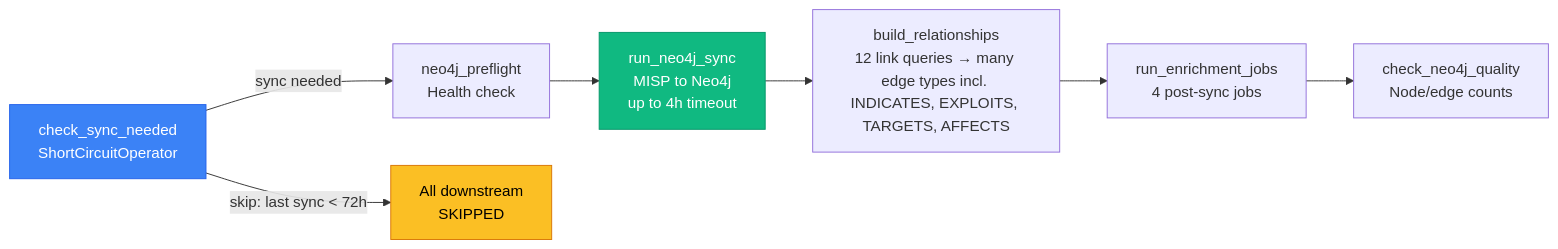
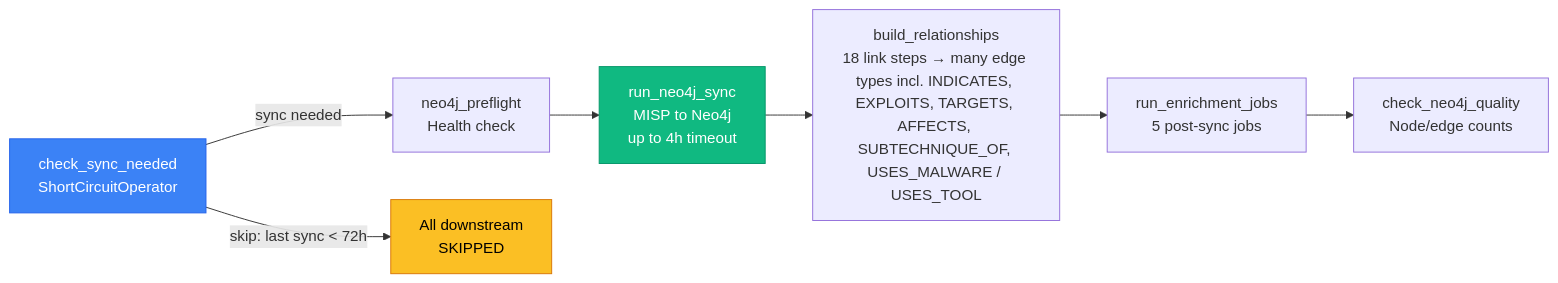
Before and after one commit to Kopanov/EdgeGuard-Knowledge-Graph: the fifth of 8 diagrams in docs/ARCHITECTURE_DIAGRAMS.md, drawn with Mermaid. The commit also changed other lines of this file and 24 other files, not shown here.

````diff
--- a/docs/ARCHITECTURE_DIAGRAMS.md
+++ b/docs/ARCHITECTURE_DIAGRAMS.md
@@ -200,14 +200,14 @@
 ```mermaid
 flowchart LR
     A[check_sync_needed<br/>ShortCircuitOperator] -->|sync needed| B[neo4j_preflight<br/>Health check]
     B --> C[run_neo4j_sync<br/>MISP to Neo4j<br/>up to 4h timeout]
-    C --> D[build_relationships<br/>12 link queries → many edge types incl. INDICATES, EXPLOITS, TARGETS, AFFECTS]
-    D --> E[run_enrichment_jobs<br/>4 post-sync jobs]
+    C --> D[build_relationships<br/>18 link steps → many edge types incl. INDICATES, EXPLOITS, TARGETS, AFFECTS, SUBTECHNIQUE_OF, USES_MALWARE / USES_TOOL]
+    D --> E[run_enrichment_jobs<br/>5 post-sync jobs]
     E --> F[check_neo4j_quality<br/>Node/edge counts]
 
     A -->|skip: last sync < 72h| SKIP[All downstream<br/>SKIPPED]
 
     style SKIP fill:#fbbf24,stroke:#d97706,color:#000
     style A fill:#3b82f6,stroke:#2563eb,color:#fff
     style C fill:#10b981,stroke:#059669,color:#fff
 ```
````
